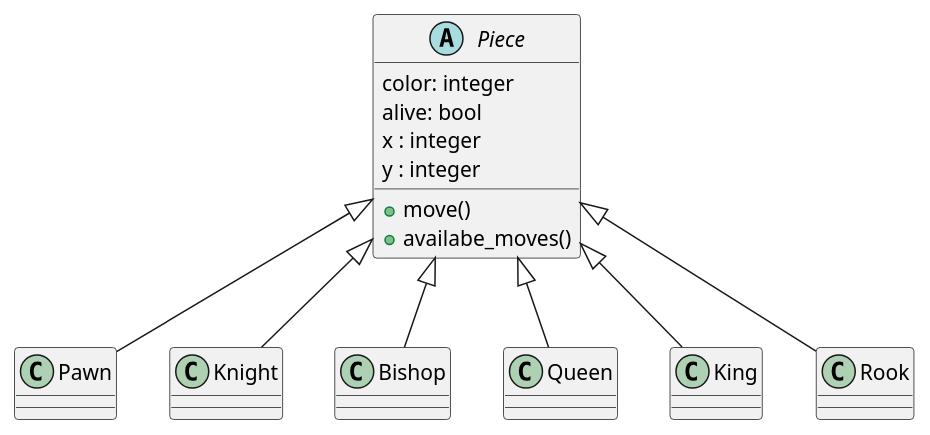
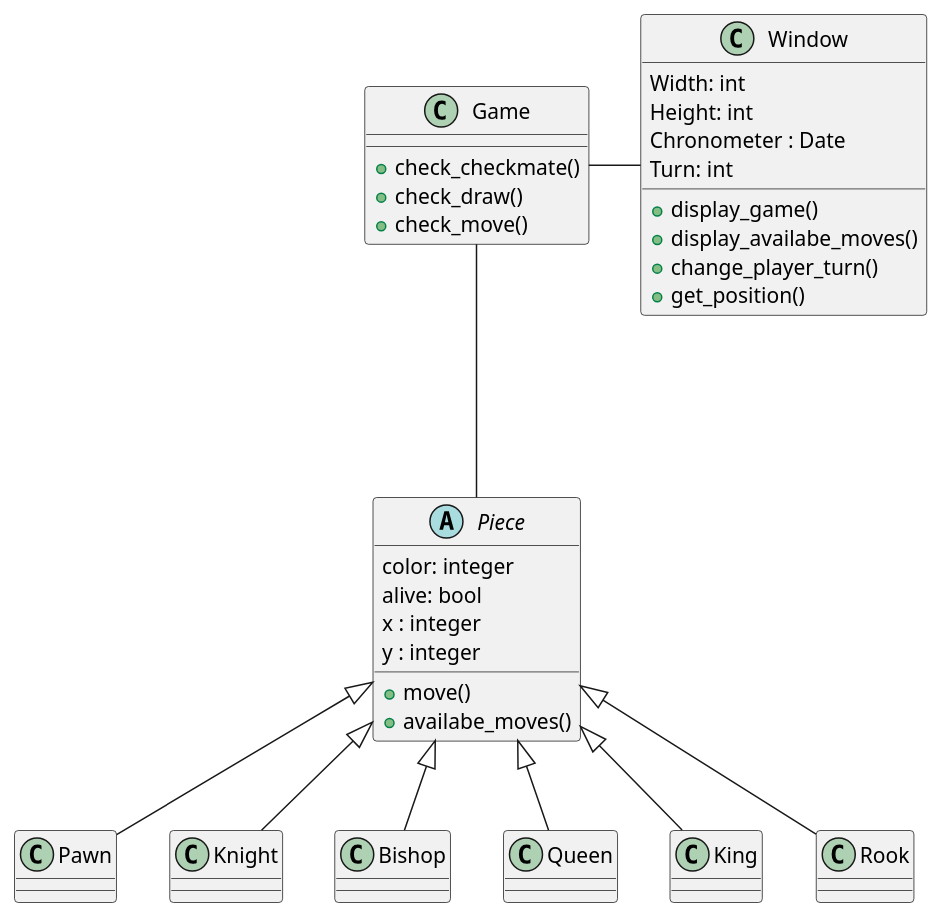
One commit to LucasColas/Chess-Game-Kivy changed the diagram in chess game with AI.md. Above: the diagram before and after it, drawn with PlantUML. The commit also changed other lines of this file, not shown here.

Commit message:
add 2 classes : Game and Window.

````diff
--- a/chess game with AI.md
+++ b/chess game with AI.md
@@ -11,45 +13,68 @@
 ```plantuml
 @startuml
 abstract class Piece {
     color: integer
     alive: bool
     x : integer
     y : integer
     +move()
     +availabe_moves()
     
+    
+}
+
+class Game {
+    
+    +check_checkmate()
+    +check_draw()
+    +check_move()
+    
+}
+
+class Window {
+    Width: int
+    Height: int 
+    Chronometer : Date
+    Turn: int
+    +display_game()
+    +display_availabe_moves()
+    +change_player_turn()
+    +get_position()
     
 }
 
 class Pawn {
     
 }
 
 class Knight {
     
 }
 
 class Bishop {
     
 }
 
 class Queen {
     
 }
 
 class King {
     
 }
 
 class Rook {
     
 }
 
 Piece <|-down- Pawn
 Piece <|-down- Knight
 Piece <|-down- Bishop
 Piece <|-down- Queen
 Piece <|-down- King
 Piece <|-down- Rook
+
+Game --down- Piece
+Window --left- Game
 @enduml
 ```
````
